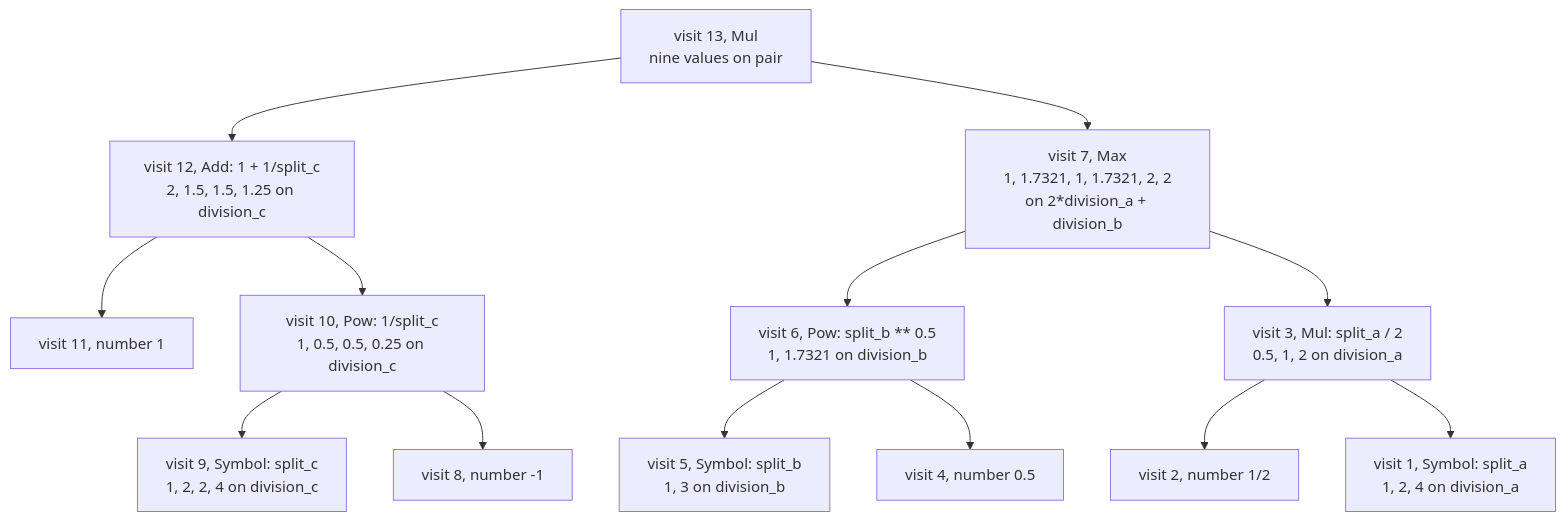
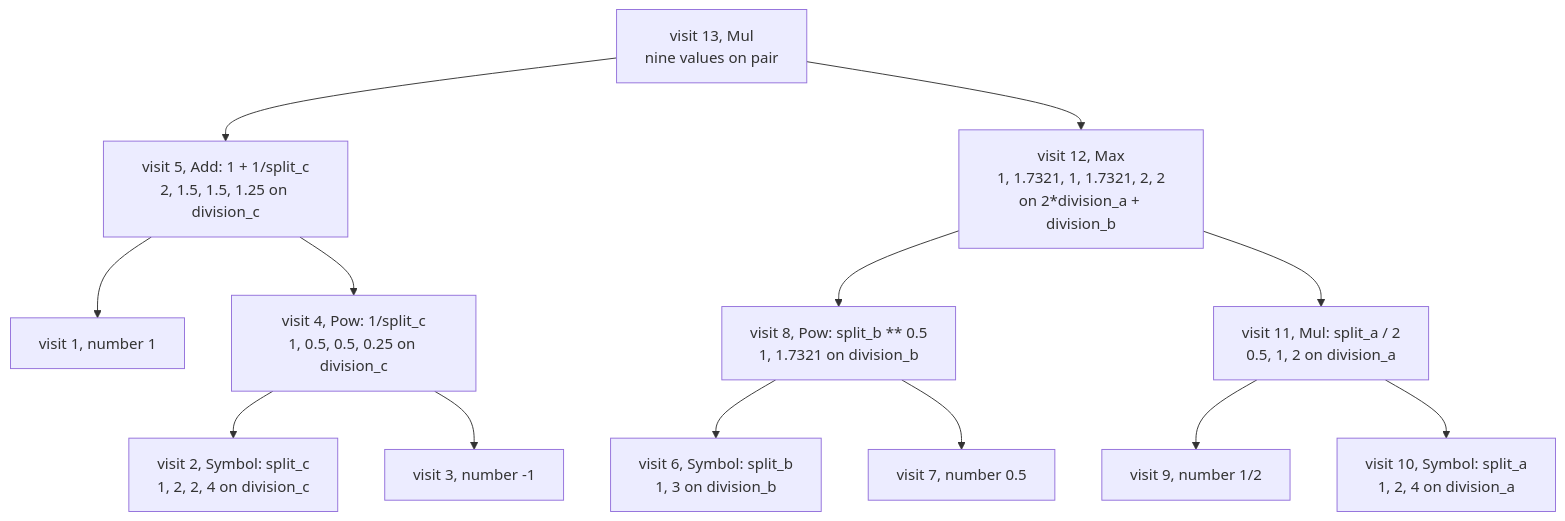
One commit to spectre-ns/spyre-roadmap changed the third of 3 diagrams in plans/cpsat-table-lowering.md. Above: the diagram before and after it, drawn with Mermaid. The commit also changed other lines of this file, not shown here.

````diff
--- a/plans/cpsat-table-lowering.md
+++ b/plans/cpsat-table-lowering.md
@@ -775,28 +801,28 @@
 ```mermaid
 flowchart TD
     N13["visit 13, Mul<br/>nine values on pair"]
-    N12["visit 12, Add: 1 + 1/split_c<br/>2, 1.5, 1.5, 1.25 on division_c"]
-    N7["visit 7, Max<br/>1, 1.7321, 1, 1.7321, 2, 2<br/>on 2*division_a + division_b"]
-    N11["visit 11, number 1"]
-    N10["visit 10, Pow: 1/split_c<br/>1, 0.5, 0.5, 0.25 on division_c"]
-    N9["visit 9, Symbol: split_c<br/>1, 2, 2, 4 on division_c"]
-    N8["visit 8, number -1"]
-    N6["visit 6, Pow: split_b ** 0.5<br/>1, 1.7321 on division_b"]
-    N3["visit 3, Mul: split_a / 2<br/>0.5, 1, 2 on division_a"]
-    N5["visit 5, Symbol: split_b<br/>1, 3 on division_b"]
-    N4["visit 4, number 0.5"]
-    N2["visit 2, number 1/2"]
-    N1["visit 1, Symbol: split_a<br/>1, 2, 4 on division_a"]
+    N5["visit 5, Add: 1 + 1/split_c<br/>2, 1.5, 1.5, 1.25 on division_c"]
+    N12["visit 12, Max<br/>1, 1.7321, 1, 1.7321, 2, 2<br/>on 2*division_a + division_b"]
+    N1["visit 1, number 1"]
+    N4["visit 4, Pow: 1/split_c<br/>1, 0.5, 0.5, 0.25 on division_c"]
+    N2["visit 2, Symbol: split_c<br/>1, 2, 2, 4 on division_c"]
+    N3["visit 3, number -1"]
+    N8["visit 8, Pow: split_b ** 0.5<br/>1, 1.7321 on division_b"]
+    N11["visit 11, Mul: split_a / 2<br/>0.5, 1, 2 on division_a"]
+    N6["visit 6, Symbol: split_b<br/>1, 3 on division_b"]
+    N7["visit 7, number 0.5"]
+    N9["visit 9, number 1/2"]
+    N10["visit 10, Symbol: split_a<br/>1, 2, 4 on division_a"]
+    N13 --> N5
     N13 --> N12
-    N13 --> N7
+    N5 --> N1
+    N5 --> N4
+    N4 --> N2
+    N4 --> N3
+    N12 --> N8
     N12 --> N11
-    N12 --> N10
-    N10 --> N9
-    N10 --> N8
-    N7 --> N6
-    N7 --> N3
-    N6 --> N5
-    N6 --> N4
-    N3 --> N2
-    N3 --> N1
+    N8 --> N6
+    N8 --> N7
+    N11 --> N9
+    N11 --> N10
 ```
````
